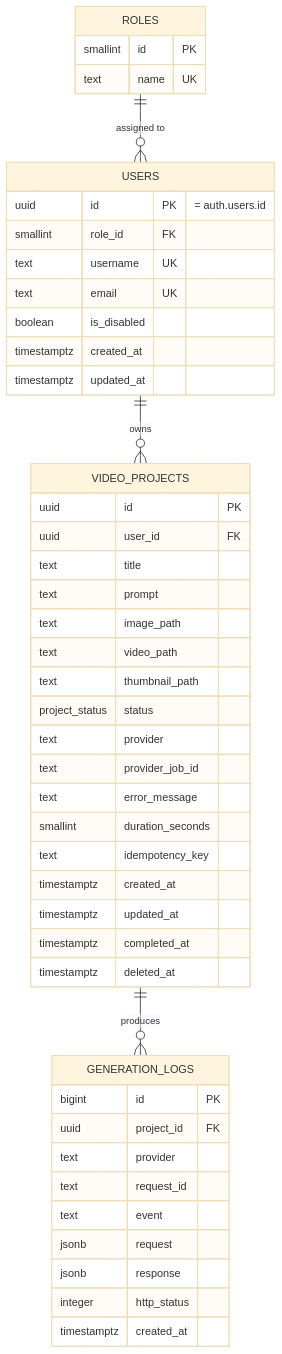
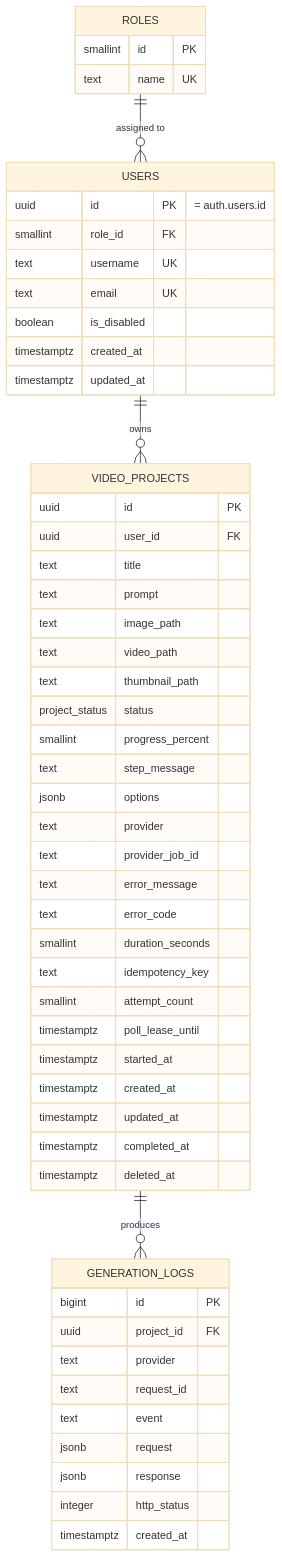
The diagram in docs/DATA_MODEL.md (S0ra1n0/Cretona), drawn with Mermaid (base theme) before and after one commit. The commit also changed other lines of this file and 10 other files, not shown here.

Commit message:
docs: consolidate redundant drafts and synchronize docs with current architecture

````diff
--- a/docs/DATA_MODEL.md
+++ b/docs/DATA_MODEL.md
@@ -9,50 +9,57 @@
 ```mermaid
 erDiagram
     ROLES ||--o{ USERS : "assigned to"
     USERS ||--o{ VIDEO_PROJECTS : owns
     VIDEO_PROJECTS ||--o{ GENERATION_LOGS : produces
 
     ROLES {
         smallint id PK
         text name UK
     }
     USERS {
         uuid id PK "= auth.users.id"
         smallint role_id FK
         text username UK
         text email UK
         boolean is_disabled
         timestamptz created_at
         timestamptz updated_at
     }
     VIDEO_PROJECTS {
         uuid id PK
         uuid user_id FK
         text title
         text prompt
         text image_path
         text video_path
         text thumbnail_path
         project_status status
+        smallint progress_percent
+        text step_message
+        jsonb options
         text provider
         text provider_job_id
         text error_message
+        text error_code
         smallint duration_seconds
         text idempotency_key
+        smallint attempt_count
+        timestamptz poll_lease_until
+        timestamptz started_at
         timestamptz created_at
         timestamptz updated_at
         timestamptz completed_at
         timestamptz deleted_at
     }
     GENERATION_LOGS {
         bigint id PK
         uuid project_id FK
         text provider
         text request_id
         text event
         jsonb request
         jsonb response
         integer http_status
         timestamptz created_at
     }
 ```
````
